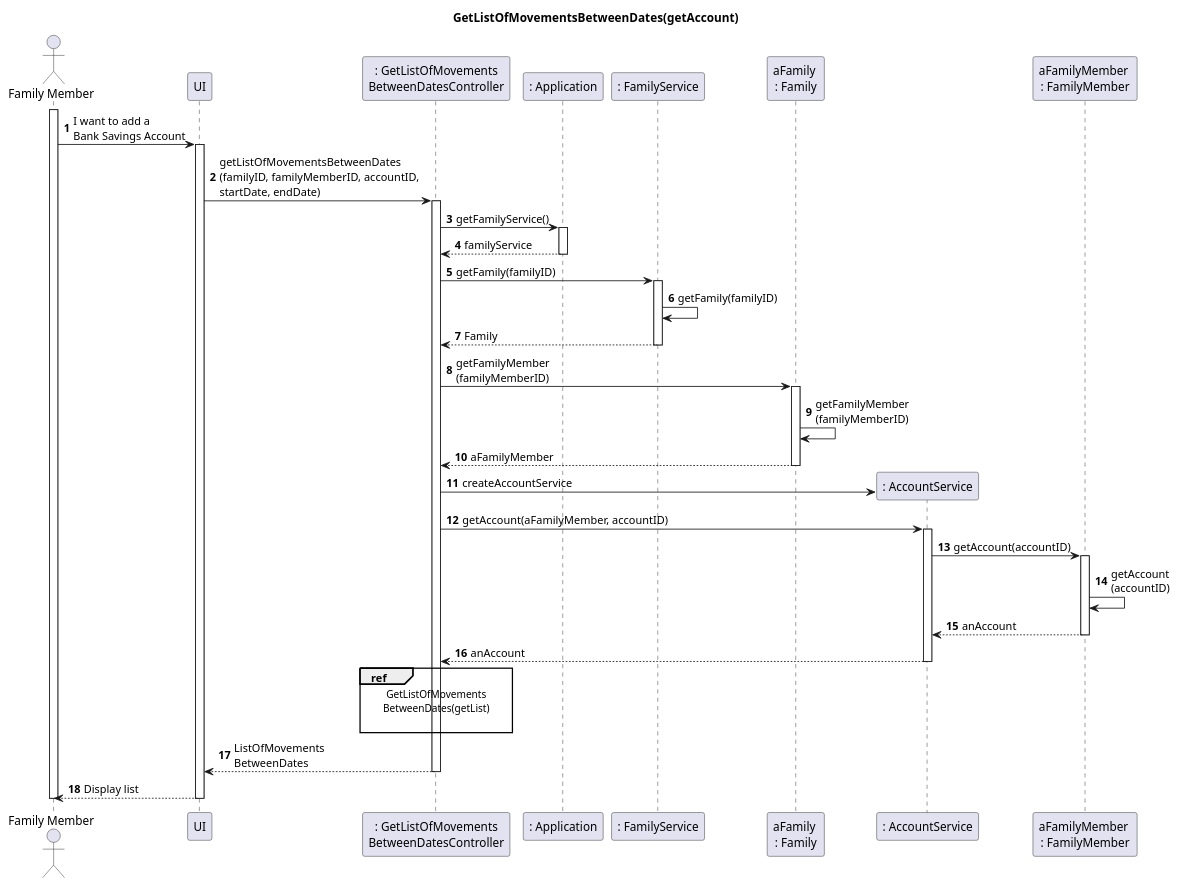
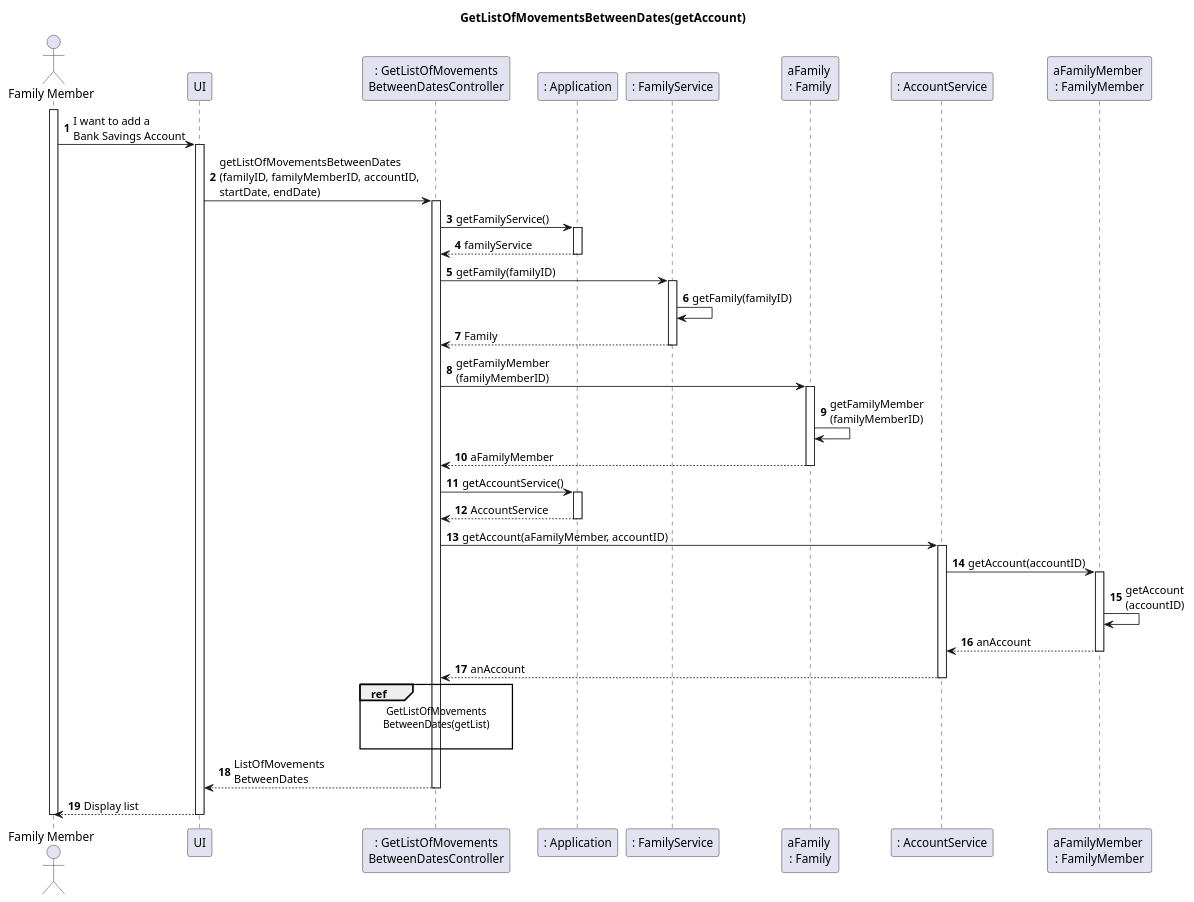
Before and after one commit to tomas-osswald/switch_2020_g3: the second of 4 diagrams in docs/sprint2/user_stories/US186_GetListOfMovementsBetweenDates.md, drawn with PlantUML. The commit also changed other lines of this file and 1 other file, not shown here.

Commit message:
Create AddBankSavingsAccountDTO. AddBankSavingsAccountController now accepts only a DTO.

`````diff
--- a/docs/sprint2/user_stories/US186_GetListOfMovementsBetweenDates.md
+++ b/docs/sprint2/user_stories/US186_GetListOfMovementsBetweenDates.md
@@ -69,61 +69,65 @@
 ````puml
 autonumber
 
 title GetListOfMovementsBetweenDates(getAccount)
 actor "Family Member" as FamilyMember
 participant "UI" as UI
 participant ": GetListOfMovements\nBetweenDatesController" as Controller
 participant ": Application" as App
 participant ": FamilyService" as FamilyService
 participant "aFamily \n: Family" as Family
 participant ": AccountService" as AccountService
 participant "aFamilyMember \n: FamilyMember" as aFamilyMember
 
 activate FamilyMember
 FamilyMember -> UI: I want to add a \nBank Savings Account
 activate UI
 UI -> Controller : getListOfMovementsBetweenDates\n(familyID, familyMemberID, accountID, \nstartDate, endDate)
 activate Controller
 
 Controller -> App : getFamilyService()
 activate App
 App --> Controller : familyService
 deactivate App
 
 Controller -> FamilyService : getFamily(familyID)
 activate FamilyService
 FamilyService -> FamilyService : getFamily(familyID)
 FamilyService --> Controller : Family
 deactivate FamilyService
 
 Controller -> Family : getFamilyMember\n(familyMemberID)
 Activate Family
 Family -> Family : getFamilyMember\n(familyMemberID)
 Family --> Controller : aFamilyMember
 Deactivate Family
 
-Controller -> AccountService ** : createAccountService
+Controller -> App : getAccountService()
+activate App
+App --> Controller : AccountService
+deactivate App
+
 Controller -> AccountService : getAccount(aFamilyMember, accountID)
 activate AccountService
 
 AccountService -> aFamilyMember : getAccount(accountID)
 activate aFamilyMember
 aFamilyMember -> aFamilyMember : getAccount\n(accountID)
 aFamilyMember --> AccountService : anAccount
 deactivate aFamilyMember
 
 AccountService --> Controller : anAccount
 deactivate AccountService
 
 ref over Controller
 GetListOfMovements
 BetweenDates(getList)
 
 end ref
 
 Controller --> UI : ListOfMovements\nBetweenDates
 deactivate Controller
 UI --> FamilyMember : Display list
 deactivate UI
 deactivate FamilyMember
 ````
`````
